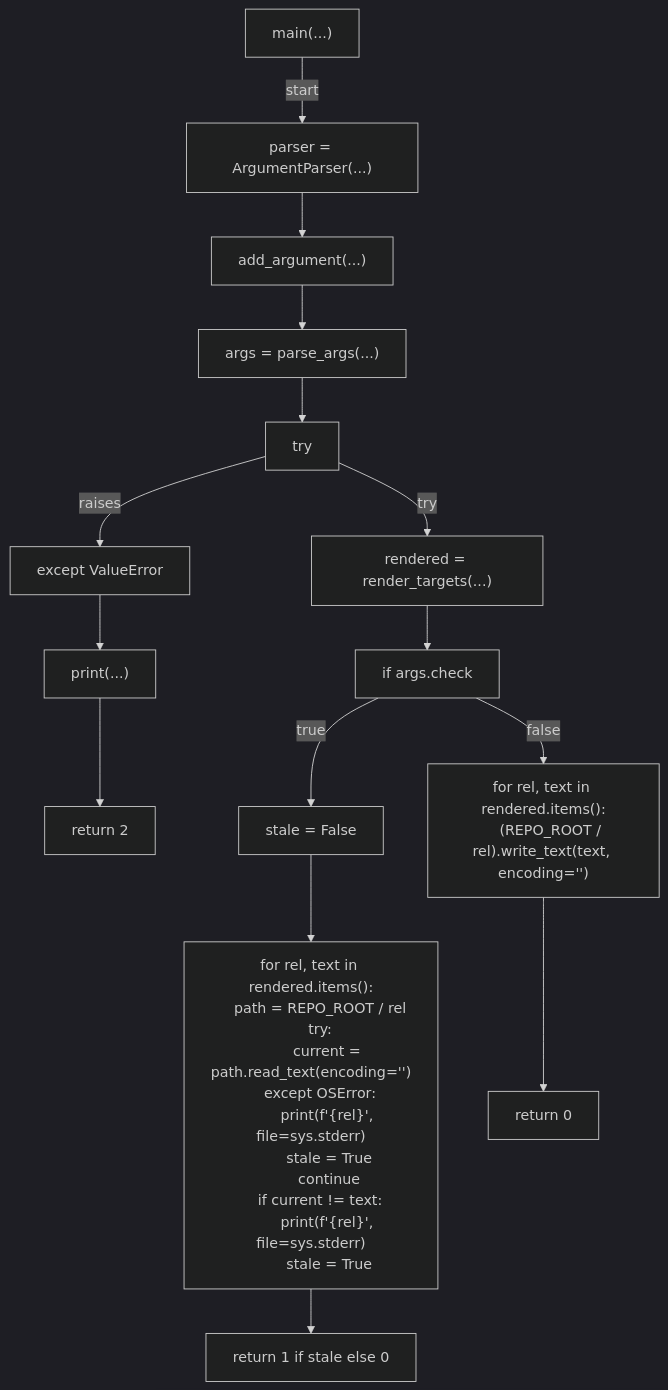
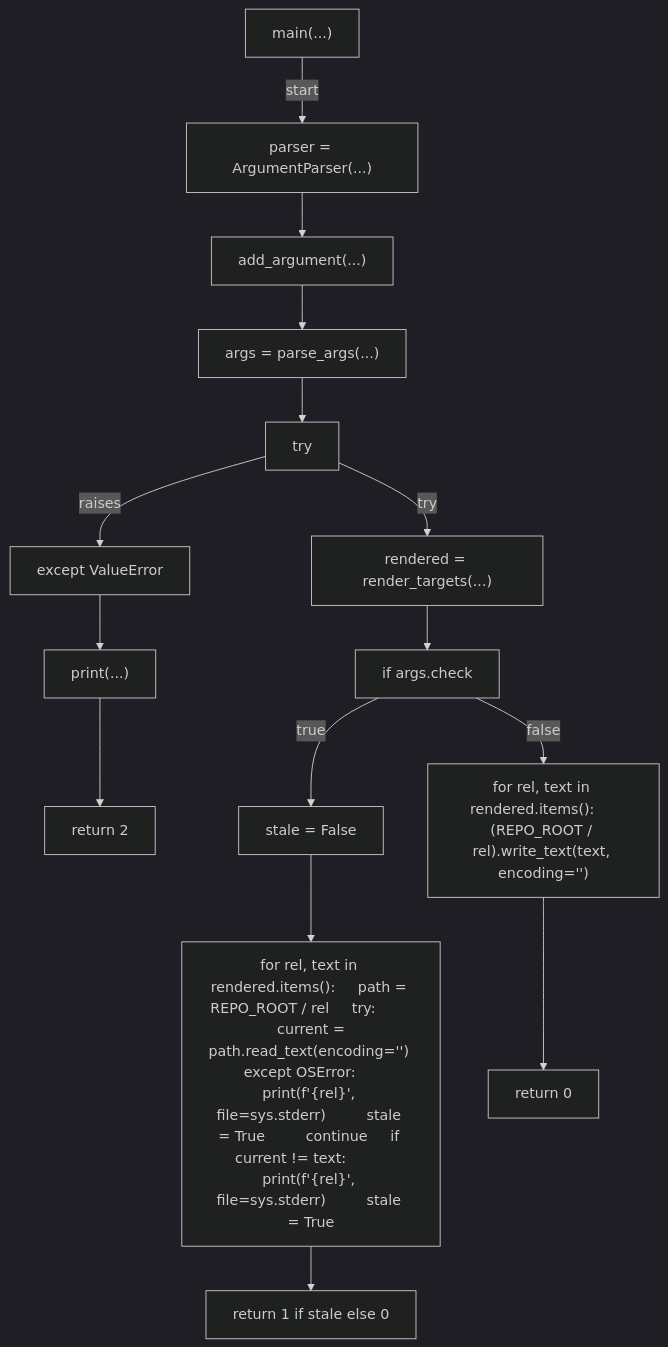
Before and after one commit to tvna/claude-md: the eighth of 8 diagrams in docs/generated/scripts/ast/gen_agent_hooks.md, drawn with Mermaid (dark theme). The commit also changed other lines of this file and 30 other files, not shown here.

First line of the commit message:
docs(generated): regenerate decision tree and workflow diagrams (batch 2/5)

````diff
--- a/docs/generated/scripts/ast/gen_agent_hooks.md
+++ b/docs/generated/scripts/ast/gen_agent_hooks.md
@@ -169,43 +131,32 @@
 ```mermaid
 flowchart TD
     N001["main(...)"]
     N002["parser = ArgumentParser(...)"]
     N003["add_argument(...)"]
     N004["args = parse_args(...)"]
     N005["try"]
     N006["rendered = render_targets(...)"]
     N007["except ValueError"]
     N008["print(...)"]
     N009["return 2"]
     N010["if args.check"]
     N011["stale = False"]
-    N012["for rel, text in rendered.items():
-    path = REPO_ROOT / rel
-    try:
-        current = path.read_text(encoding='<str>')
-    except OSError:
-        print(f'<str>{rel}<str>', file=sys.stderr)
-        stale = True
-        continue
-    if current != text:
-        print(f'<str>{rel}<str>', file=sys.stderr)
-        stale = True"]
+    N012["for rel, text in rendered.items():     path = REPO_ROOT / rel     try:         current = path.read_text(encoding='<str>')     except OSError:         print(f'<str>{rel}<str>', file=sys.stderr)         stale = True         continue     if current != text:         print(f'<str>{rel}<str>', file=sys.stderr)         stale = True"]
     N013["return 1 if stale else 0"]
-    N014["for rel, text in rendered.items():
-    (REPO_ROOT / rel).write_text(text, encoding='<str>')"]
+    N014["for rel, text in rendered.items():     (REPO_ROOT / rel).write_text(text, encoding='<str>')"]
     N015["return 0"]
     N001 -->|"start"| N002
     N002 --> N003
     N003 --> N004
     N004 --> N005
     N005 -->|"try"| N006
     N005 -->|"raises"| N007
     N007 --> N008
     N008 --> N009
     N006 --> N010
     N010 -->|"true"| N011
     N011 --> N012
     N012 --> N013
     N010 -->|"false"| N014
     N014 --> N015
 ```
````
